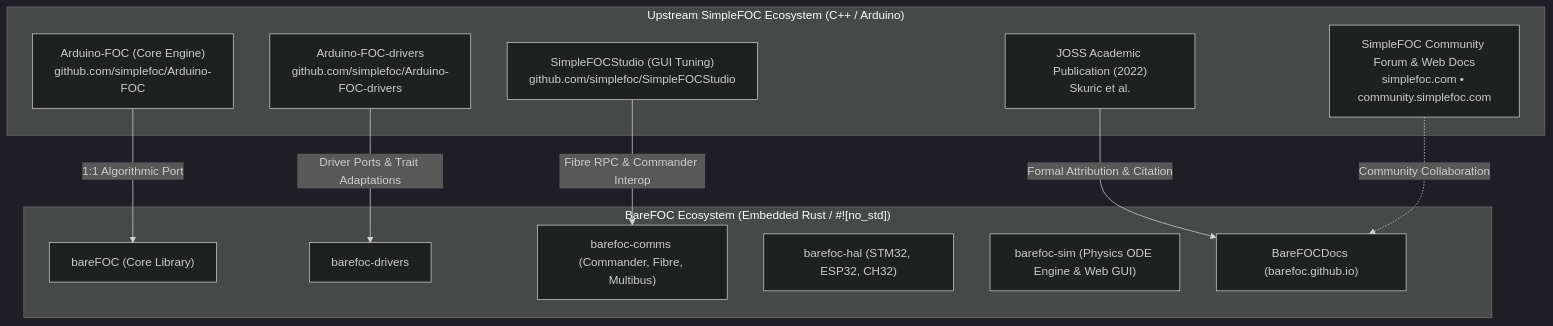
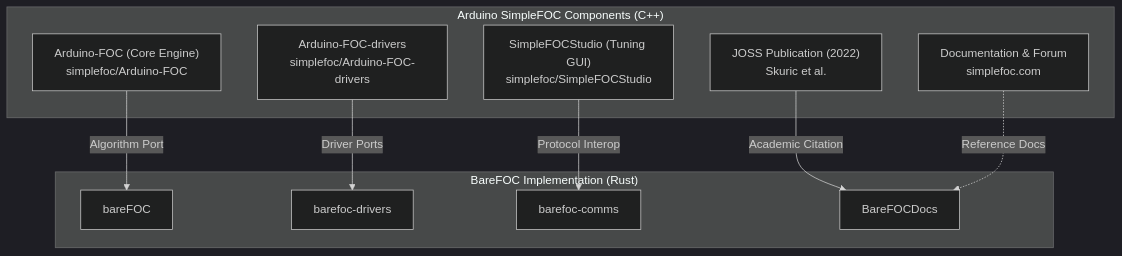
One commit to bareFOC/barefoc.github.io changed the diagram in docs/original_project.md. Above: the diagram before and after it, drawn with Mermaid (dark theme). The commit also changed other lines of this file, not shown here.

````diff
--- a/docs/original_project.md
+++ b/docs/original_project.md
@@ -21,25 +19,23 @@
 ```mermaid
 graph TD
-    subgraph Upstream ["Upstream SimpleFOC Ecosystem (C++ / Arduino)"]
-        SFOC["Arduino-FOC (Core Engine)<br/>github.com/simplefoc/Arduino-FOC"]
-        SDRV["Arduino-FOC-drivers<br/>github.com/simplefoc/Arduino-FOC-drivers"]
-        COMM["SimpleFOC Community Forum & Web Docs<br/>simplefoc.com • community.simplefoc.com"]
-        STUDIO["SimpleFOCStudio (GUI Tuning)<br/>github.com/simplefoc/SimpleFOCStudio"]
-        PAPER["JOSS Academic Publication (2022)<br/>Skuric et al."]
+    subgraph Upstream ["Arduino SimpleFOC Components (C++)"]
+        SFOC["Arduino-FOC (Core Engine)<br/>simplefoc/Arduino-FOC"]
+        SDRV["Arduino-FOC-drivers<br/>simplefoc/Arduino-FOC-drivers"]
+        STUDIO["SimpleFOCStudio (Tuning GUI)<br/>simplefoc/SimpleFOCStudio"]
+        COMM["Documentation & Forum<br/>simplefoc.com"]
+        PAPER["JOSS Publication (2022)<br/>Skuric et al."]
     end
 
-    subgraph BareFOC ["BareFOC Ecosystem (Embedded Rust / #![no_std])"]
-        BFOC["bareFOC (Core Library)"]
+    subgraph BareFOC ["BareFOC Implementation (Rust)"]
+        BFOC["bareFOC"]
         BDRV["barefoc-drivers"]
-        BCOM["barefoc-comms (Commander, Fibre, Multibus)"]
-        BHAL["barefoc-hal (STM32, ESP32, CH32)"]
-        BSIM["barefoc-sim (Physics ODE Engine & Web GUI)"]
-        BDOC["BareFOCDocs (barefoc.github.io)"]
+        BCOM["barefoc-comms"]
+        BDOC["BareFOCDocs"]
     end
 
-    SFOC -->|"1:1 Algorithmic Port"| BFOC
-    SDRV -->|"Driver Ports & Trait Adaptations"| BDRV
-    STUDIO -->|"Fibre RPC & Commander Interop"| BCOM
-    PAPER -->|"Formal Attribution & Citation"| BDOC
-    COMM -.->|"Community Collaboration"| BDOC
+    SFOC -->|"Algorithm Port"| BFOC
+    SDRV -->|"Driver Ports"| BDRV
+    STUDIO -->|"Protocol Interop"| BCOM
+    PAPER -->|"Academic Citation"| BDOC
+    COMM -.->|"Reference Docs"| BDOC
 ```
````
